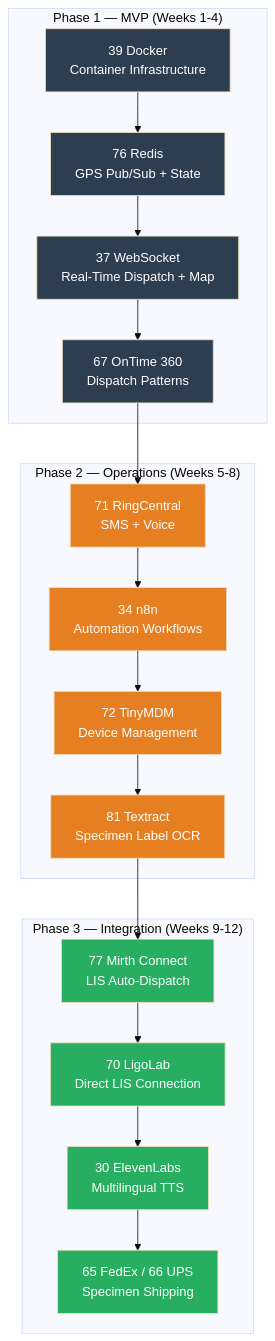
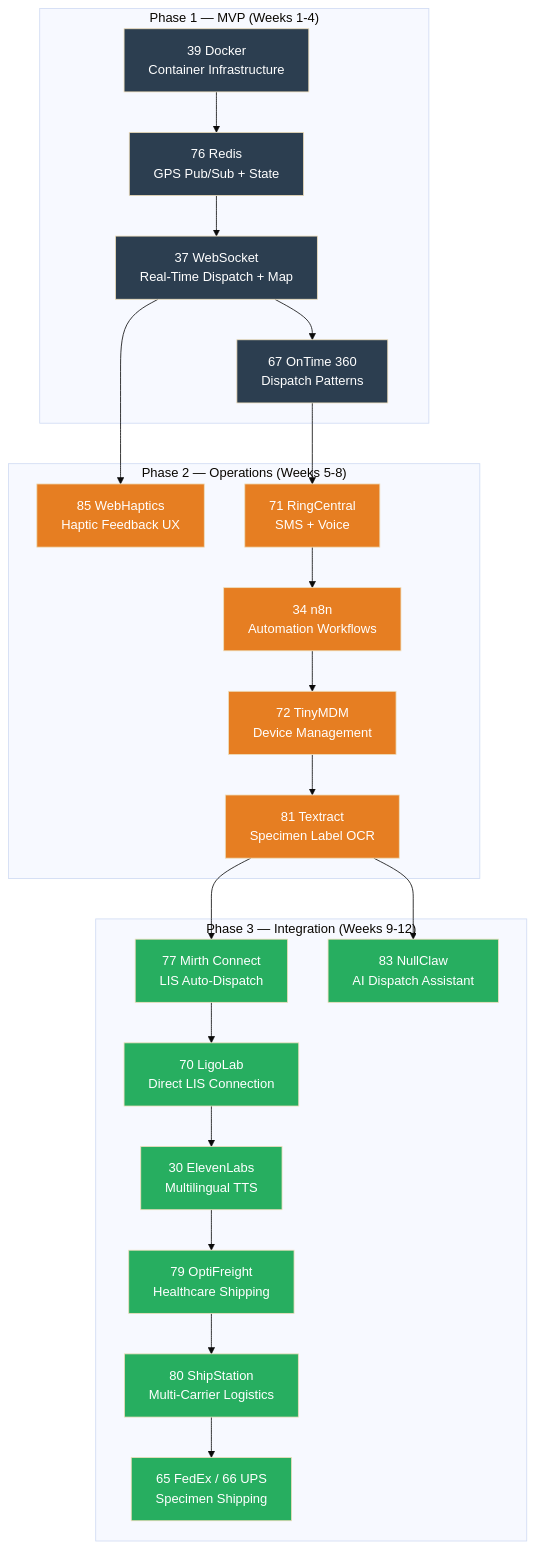
Before and after one commit to ammar-utexas/demo: the diagram in docs/features/00-SamplePickupDriver/00-SamplePickupDriver_ExperimentMap.md, drawn with Mermaid (base theme). The commit also changed other lines of this file, not shown here.

````diff
--- a/docs/features/00-SamplePickupDriver/00-SamplePickupDriver_ExperimentMap.md
+++ b/docs/features/00-SamplePickupDriver/00-SamplePickupDriver_ExperimentMap.md
@@ -86,48 +91,62 @@
 ```mermaid
 flowchart TB
     subgraph Phase1["Phase 1 — MVP (Weeks 1-4)"]
         E39["39 Docker<br/>Container Infrastructure"]
         E76["76 Redis<br/>GPS Pub/Sub + State"]
         E37["37 WebSocket<br/>Real-Time Dispatch + Map"]
         E67["67 OnTime 360<br/>Dispatch Patterns"]
     end
 
     subgraph Phase2["Phase 2 — Operations (Weeks 5-8)"]
+        E85["85 WebHaptics<br/>Haptic Feedback UX"]
         E71["71 RingCentral<br/>SMS + Voice"]
         E34["34 n8n<br/>Automation Workflows"]
         E72["72 TinyMDM<br/>Device Management"]
         E81["81 Textract<br/>Specimen Label OCR"]
     end
 
     subgraph Phase3["Phase 3 — Integration (Weeks 9-12)"]
         E77["77 Mirth Connect<br/>LIS Auto-Dispatch"]
         E70["70 LigoLab<br/>Direct LIS Connection"]
         E30["30 ElevenLabs<br/>Multilingual TTS"]
+        E79["79 OptiFreight<br/>Healthcare Shipping"]
+        E80["80 ShipStation<br/>Multi-Carrier Logistics"]
         E65["65 FedEx / 66 UPS<br/>Specimen Shipping"]
+        E83["83 NullClaw<br/>AI Dispatch Assistant"]
     end
 
     E39 --> E76
     E76 --> E37
     E37 --> E67
+
+    E37 --> E85
     E67 --> E71
     E71 --> E34
     E34 --> E72
     E72 --> E81
+
     E81 --> E77
     E77 --> E70
     E70 --> E30
-    E30 --> E65
+    E30 --> E79
+    E79 --> E80
+    E80 --> E65
+    E81 --> E83
 
     style E39 fill:#2C3E50,color:#fff
     style E76 fill:#2C3E50,color:#fff
     style E37 fill:#2C3E50,color:#fff
     style E67 fill:#2C3E50,color:#fff
+    style E85 fill:#E67E22,color:#fff
     style E71 fill:#E67E22,color:#fff
     style E34 fill:#E67E22,color:#fff
     style E72 fill:#E67E22,color:#fff
     style E81 fill:#E67E22,color:#fff
     style E77 fill:#27AE60,color:#fff
     style E70 fill:#27AE60,color:#fff
     style E30 fill:#27AE60,color:#fff
+    style E79 fill:#27AE60,color:#fff
+    style E80 fill:#27AE60,color:#fff
     style E65 fill:#27AE60,color:#fff
+    style E83 fill:#27AE60,color:#fff
 ```
````
